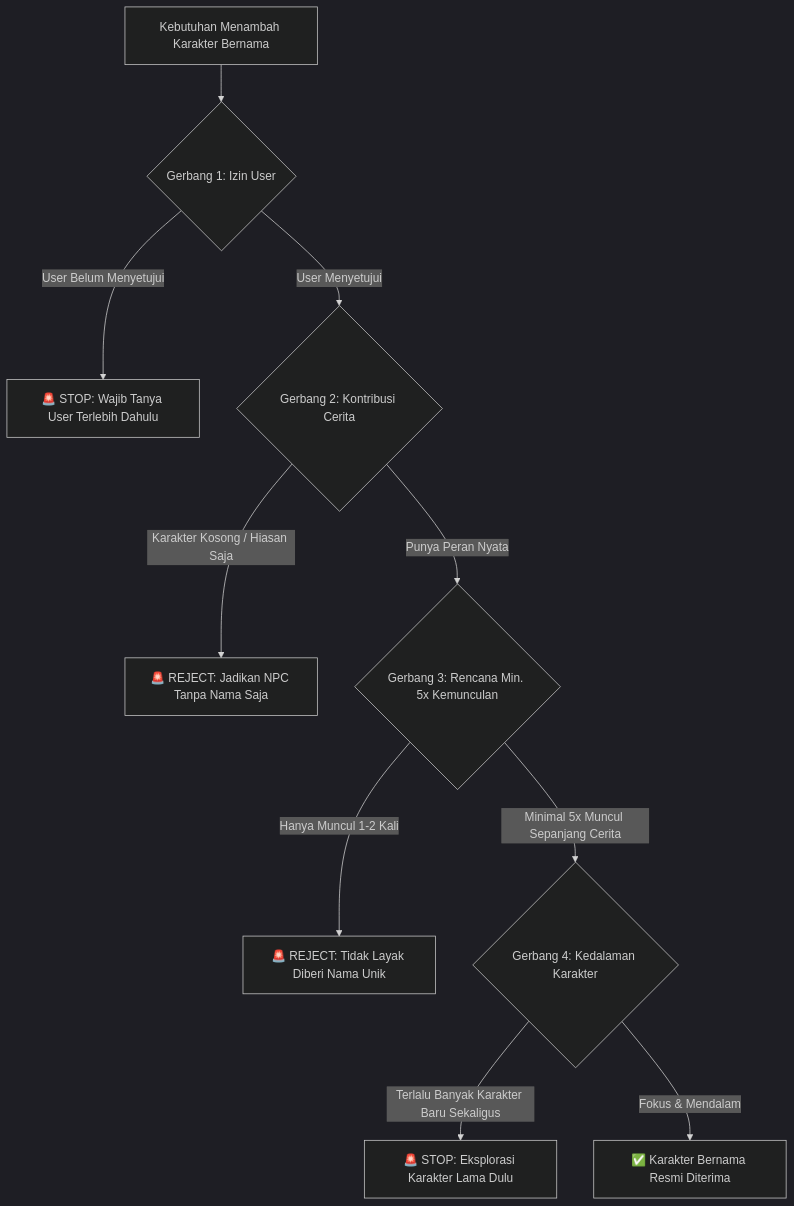
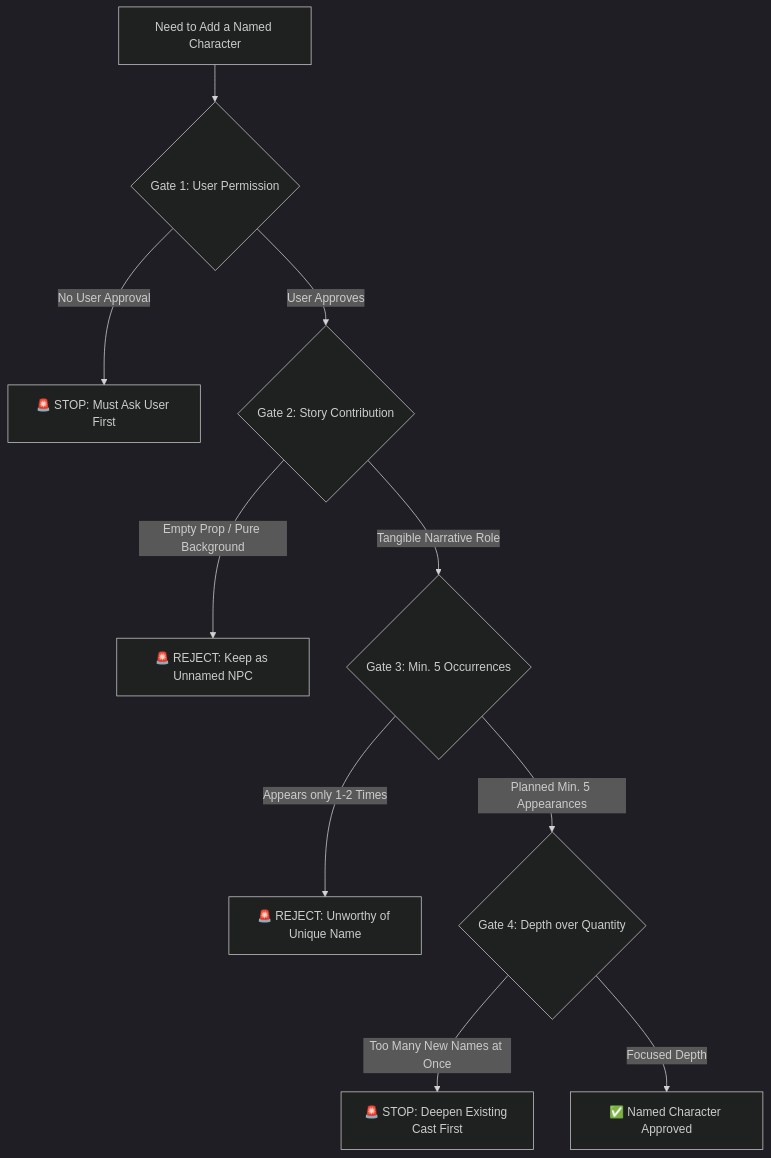
One commit to dwianggororeal/detailed-novel-agent-skill changed the second of 2 diagrams in .agents/skills/duidwidev-novel/references/character_and_lore_audit.md. Above: the diagram before and after it, drawn with Mermaid (dark theme). The commit also changed other lines of this file and 57 other files, not shown here.

````diff
--- a/.agents/skills/duidwidev-novel/references/character_and_lore_audit.md
+++ b/.agents/skills/duidwidev-novel/references/character_and_lore_audit.md
@@ -47,12 +35,12 @@
 ```mermaid
 graph TD
-    A[Kebutuhan Menambah Karakter Bernama] --> B{Gerbang 1: Izin User}
-    B -->|User Belum Menyetujui| C[🚨 STOP: Wajib Tanya User Terlebih Dahulu]
-    B -->|User Menyetujui| D{Gerbang 2: Kontribusi Cerita}
-    D -->|Karakter Kosong / Hiasan Saja| E[🚨 REJECT: Jadikan NPC Tanpa Nama Saja]
-    D -->|Punya Peran Nyata| F{Gerbang 3: Rencana Min. 5x Kemunculan}
-    F -->|Hanya Muncul 1-2 Kali| G[🚨 REJECT: Tidak Layak Diberi Nama Unik]
-    F -->|Minimal 5x Muncul Sepanjang Cerita| H{Gerbang 4: Kedalaman Karakter}
-    H -->|Terlalu Banyak Karakter Baru Sekaligus| I[🚨 STOP: Eksplorasi Karakter Lama Dulu]
-    H -->|Fokus & Mendalam| J[✅ Karakter Bernama Resmi Diterima]
+    A[Need to Add a Named Character] --> B{Gate 1: User Permission}
+    B -->|No User Approval| C[🚨 STOP: Must Ask User First]
+    B -->|User Approves| D{Gate 2: Story Contribution}
+    D -->|Empty Prop / Pure Background| E[🚨 REJECT: Keep as Unnamed NPC]
+    D -->|Tangible Narrative Role| F{Gate 3: Min. 5 Occurrences}
+    F -->|Appears only 1-2 Times| G[🚨 REJECT: Unworthy of Unique Name]
+    F -->|Planned Min. 5 Appearances| H{Gate 4: Depth over Quantity}
+    H -->|Too Many New Names at Once| I[🚨 STOP: Deepen Existing Cast First]
+    H -->|Focused Depth| J[✅ Named Character Approved]
 ```
````
